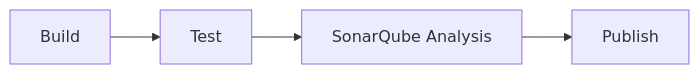
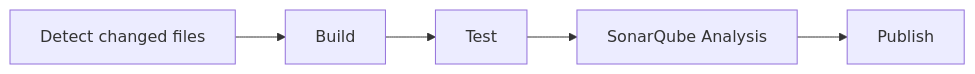
One commit to rmrighes-sonar/sonarqube-prometheus-exporter changed the diagram in README.md. Above: the diagram before and after it, drawn with Mermaid. The commit also changed other lines of this file and 1 other file, not shown here.

````diff
--- a/README.md
+++ b/README.md
@@ -71,4 +71,4 @@
 ```mermaid
 flowchart LR
-    build[Build] --> test[Test] --> sonar[SonarQube Analysis] --> publish[Publish]
+    changes[Detect changed files] --> build[Build] --> test[Test] --> sonar[SonarQube Analysis] --> publish[Publish]
 ```
````
